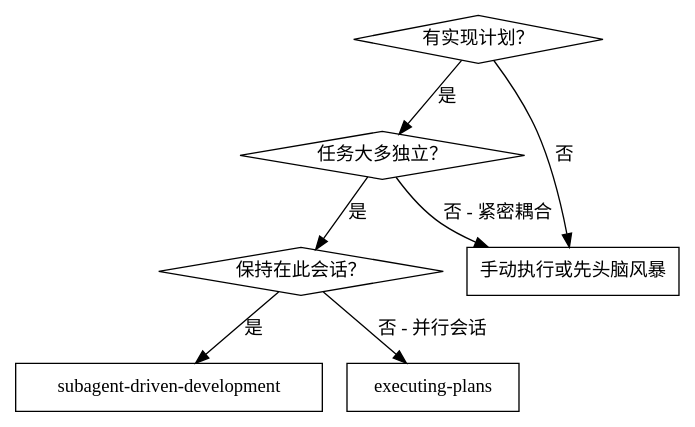
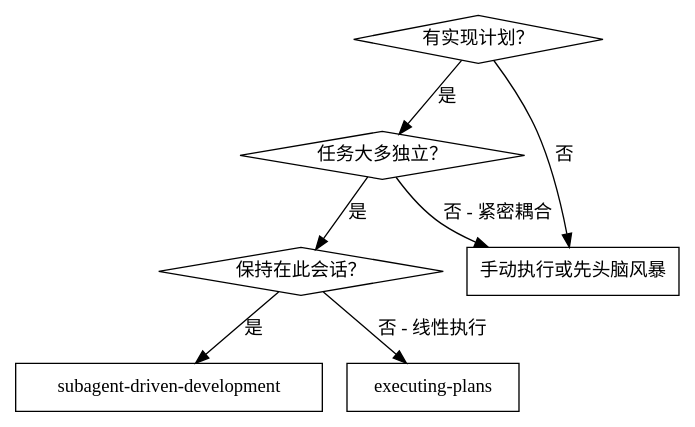
The first of 2 diagrams in apps/spec-kit-app/public/commands-packages/superpowers/skills/superpowers-subagent-driven-development/SKILL.md (klaaay/spec-toolkit), drawn with Graphviz before and after one commit. The commit also changed other lines of this file and 73 other files, not shown here.

````diff
--- a/apps/spec-kit-app/public/commands-packages/superpowers/skills/superpowers-subagent-driven-development/SKILL.md
+++ b/apps/spec-kit-app/public/commands-packages/superpowers/skills/superpowers-subagent-driven-development/SKILL.md
@@ -14,17 +18,17 @@
 ```dot
 digraph when_to_use {
     "有实现计划？" [shape=diamond];
     "任务大多独立？" [shape=diamond];
     "保持在此会话？" [shape=diamond];
     "subagent-driven-development" [shape=box];
     "executing-plans" [shape=box];
     "手动执行或先头脑风暴" [shape=box];
 
     "有实现计划？" -> "任务大多独立？" [label="是"];
     "有实现计划？" -> "手动执行或先头脑风暴" [label="否"];
     "任务大多独立？" -> "保持在此会话？" [label="是"];
     "任务大多独立？" -> "手动执行或先头脑风暴" [label="否 - 紧密耦合"];
     "保持在此会话？" -> "subagent-driven-development" [label="是"];
-    "保持在此会话？" -> "executing-plans" [label="否 - 并行会话"];
+    "保持在此会话？" -> "executing-plans" [label="否 - 线性执行"];
 }
 ```
````
